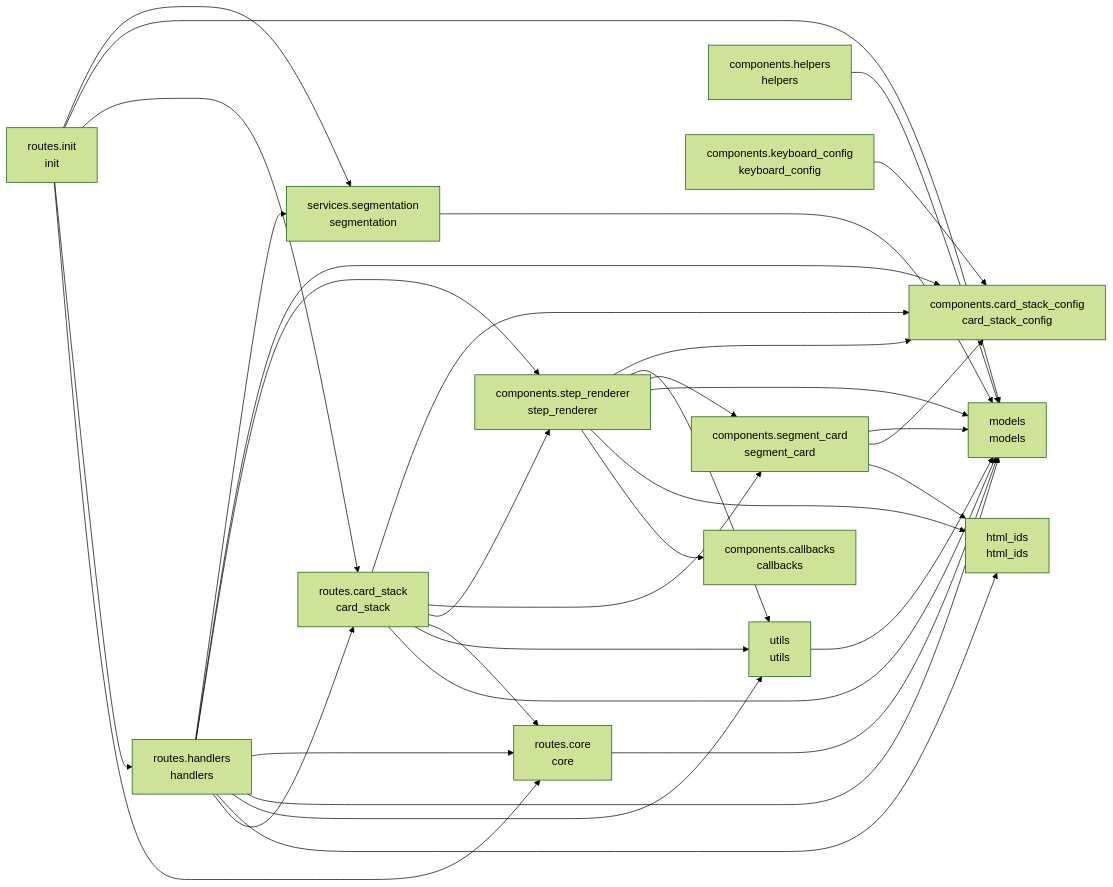
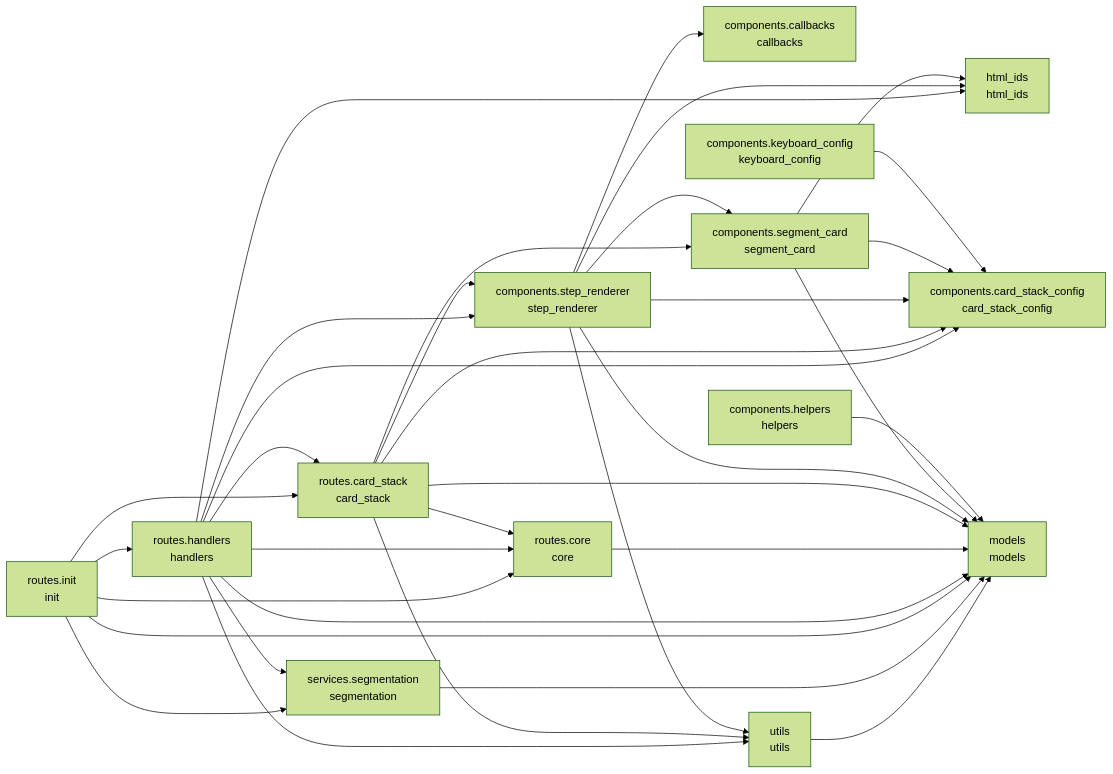
Before and after one commit to cj-mills/cjm-transcript-segmentation: the diagram in README.md, drawn with Mermaid (forest theme). The commit also changed other lines of this file and 5 other files, not shown here.

````diff
--- a/README.md
+++ b/README.md
@@ -37,51 +37,51 @@
 ``` mermaid
 graph LR
     components_callbacks[components.callbacks<br/>callbacks]
     components_card_stack_config[components.card_stack_config<br/>card_stack_config]
     components_helpers[components.helpers<br/>helpers]
     components_keyboard_config[components.keyboard_config<br/>keyboard_config]
     components_segment_card[components.segment_card<br/>segment_card]
     components_step_renderer[components.step_renderer<br/>step_renderer]
     html_ids[html_ids<br/>html_ids]
     models[models<br/>models]
     routes_card_stack[routes.card_stack<br/>card_stack]
     routes_core[routes.core<br/>core]
     routes_handlers[routes.handlers<br/>handlers]
     routes_init[routes.init<br/>init]
     services_segmentation[services.segmentation<br/>segmentation]
     utils[utils<br/>utils]
 
     components_helpers --> models
     components_keyboard_config --> components_card_stack_config
+    components_segment_card --> html_ids
+    components_segment_card --> components_card_stack_config
     components_segment_card --> models
-    components_segment_card --> components_card_stack_config
-    components_segment_card --> html_ids
     components_step_renderer --> components_card_stack_config
     components_step_renderer --> utils
+    components_step_renderer --> html_ids
+    components_step_renderer --> models
     components_step_renderer --> components_segment_card
-    components_step_renderer --> models
-    components_step_renderer --> html_ids
     components_step_renderer --> components_callbacks
+    routes_card_stack --> utils
+    routes_card_stack --> routes_core
     routes_card_stack --> components_card_stack_config
+    routes_card_stack --> components_step_renderer
+    routes_card_stack --> models
     routes_card_stack --> components_segment_card
-    routes_card_stack --> components_step_renderer
-    routes_card_stack --> routes_core
-    routes_card_stack --> utils
-    routes_card_stack --> models
     routes_core --> models
     routes_handlers --> services_segmentation
+    routes_handlers --> routes_core
+    routes_handlers --> html_ids
+    routes_handlers --> routes_card_stack
+    routes_handlers --> components_step_renderer
     routes_handlers --> components_card_stack_config
-    routes_handlers --> components_step_renderer
-    routes_handlers --> routes_core
     routes_handlers --> models
     routes_handlers --> utils
-    routes_handlers --> html_ids
-    routes_handlers --> routes_card_stack
+    routes_init --> routes_core
     routes_init --> services_segmentation
     routes_init --> models
     routes_init --> routes_card_stack
     routes_init --> routes_handlers
-    routes_init --> routes_core
     services_segmentation --> models
     utils --> models
 ```
````
